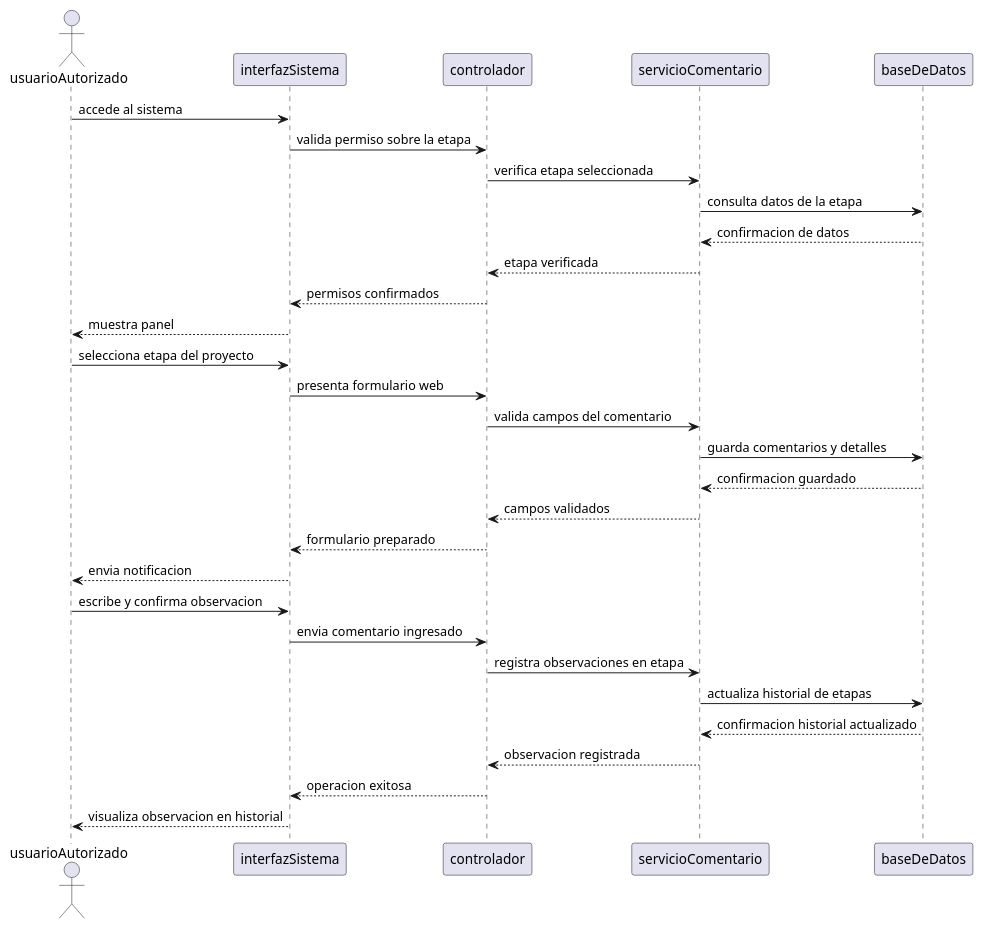
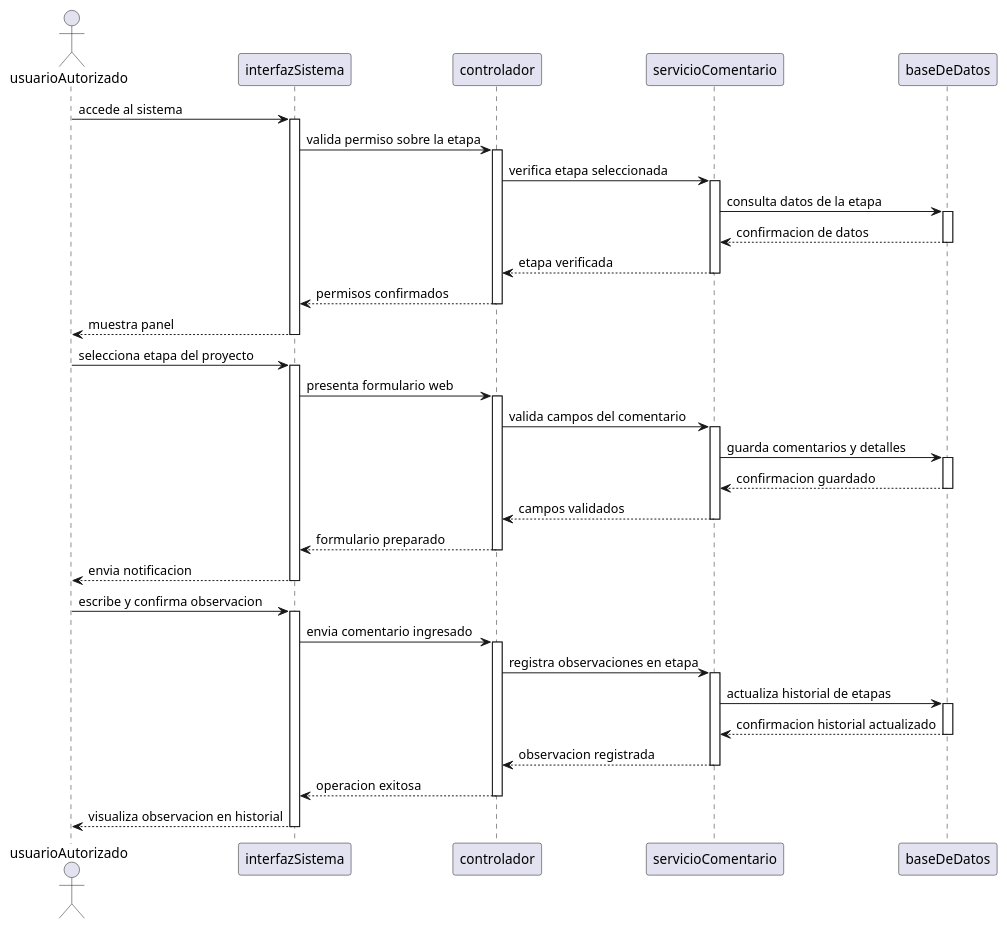
One commit to 9919-Mili/SistemaProductoraVideos changed the diagram in 05-diagrama-secuencia/05-secuencia-agregar-observaciones-agregado-exitoso-de-observaciones-03.puml. Above: the diagram before and after it, drawn with PlantUML. The commit also changed 4 other files, not shown here.

```diff
--- a/05-diagrama-secuencia/05-secuencia-agregar-observaciones-agregado-exitoso-de-observaciones-03.puml
+++ b/05-diagrama-secuencia/05-secuencia-agregar-observaciones-agregado-exitoso-de-observaciones-03.puml
@@ -1,36 +1,59 @@
 @startuml
 actor usuarioAutorizado
 participant interfazSistema
 participant controlador
 participant servicioComentario
 participant baseDeDatos
 
 usuarioAutorizado -> interfazSistema: accede al sistema
+activate interfazSistema
 interfazSistema -> controlador: valida permiso sobre la etapa
+activate controlador
 controlador -> servicioComentario: verifica etapa seleccionada
+activate servicioComentario
 servicioComentario -> baseDeDatos: consulta datos de la etapa
+activate baseDeDatos
 baseDeDatos --> servicioComentario: confirmacion de datos
+deactivate baseDeDatos
 servicioComentario --> controlador: etapa verificada
+deactivate servicioComentario
 controlador --> interfazSistema: permisos confirmados
+deactivate controlador
 interfazSistema --> usuarioAutorizado: muestra panel 
+deactivate interfazSistema
 
 usuarioAutorizado -> interfazSistema: selecciona etapa del proyecto
+activate interfazSistema
 interfazSistema -> controlador: presenta formulario web 
+activate controlador
 controlador -> servicioComentario: valida campos del comentario 
+activate servicioComentario
 servicioComentario -> baseDeDatos: guarda comentarios y detalles 
+activate baseDeDatos
 baseDeDatos --> servicioComentario: confirmacion guardado
+deactivate baseDeDatos
 servicioComentario --> controlador: campos validados 
+deactivate servicioComentario
 controlador --> interfazSistema: formulario preparado
+deactivate controlador
 interfazSistema --> usuarioAutorizado: envia notificacion 
+deactivate interfazSistema
 
 usuarioAutorizado-> interfazSistema: escribe y confirma observacion 
+activate interfazSistema
 interfazSistema -> controlador: envia comentario ingresado
+activate controlador
 controlador -> servicioComentario: registra observaciones en etapa
+activate servicioComentario
 servicioComentario -> baseDeDatos: actualiza historial de etapas 
-baseDeDatos --> servicioComentario: confirmacion historial actualizado 
+activate baseDeDatos
+baseDeDatos --> servicioComentario: confirmacion historial actualizado
+deactivate baseDeDatos 
 servicioComentario --> controlador: observacion registrada 
+deactivate servicioComentario
 controlador --> interfazSistema: operacion exitosa 
+deactivate controlador
 interfazSistema --> usuarioAutorizado: visualiza observacion en historial 
-
+deactivate interfazSistema
 
 @enduml
```
